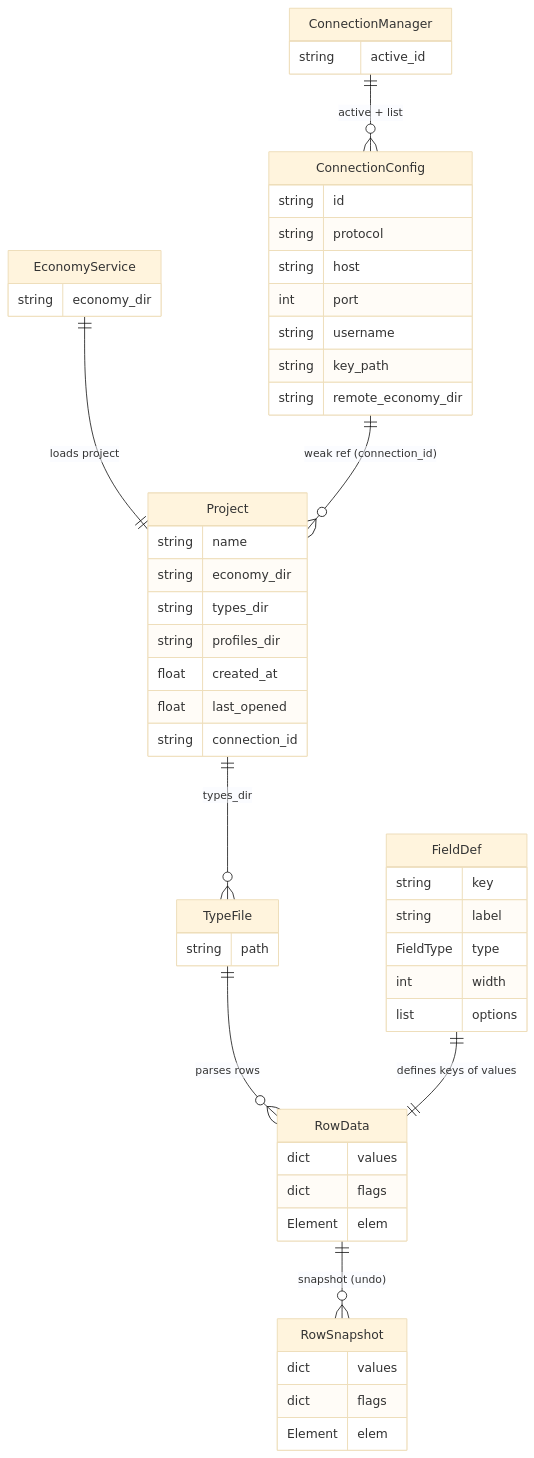
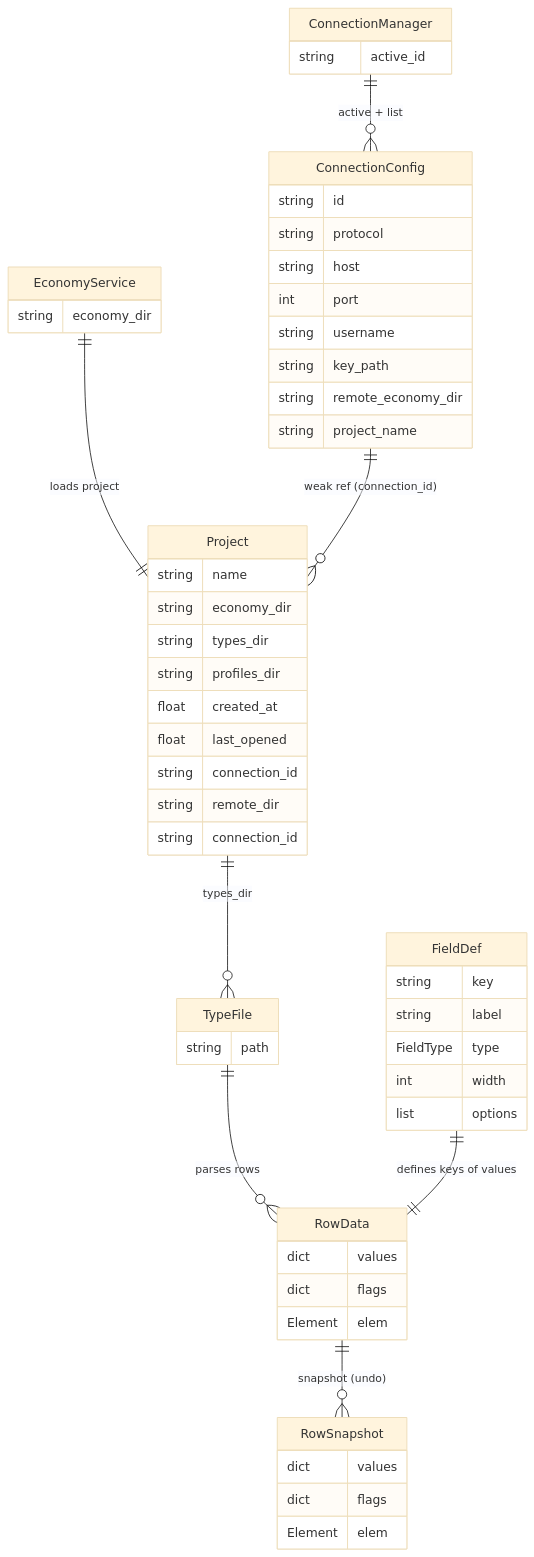
The diagram in docs/diagrams/models-er.md (qotique/yetee), drawn with Mermaid (base theme) before and after one commit. The commit also changed other lines of this file and 29 other files, not shown here.

````diff
--- a/docs/diagrams/models-er.md
+++ b/docs/diagrams/models-er.md
@@ -15,64 +15,67 @@
 ```mermaid
 erDiagram
     Project ||--o{ TypeFile : "types_dir"
     Project {
         string name
         string economy_dir
         string types_dir
         string profiles_dir
         float created_at
         float last_opened
+        string connection_id
+        string remote_dir
     }
 
     TypeFile ||--o{ RowData : "parses rows"
     TypeFile {
         string path
     }
 
     RowData ||--o{ RowSnapshot : "snapshot (undo)"
     RowData {
         dict values
         dict flags
         Element elem
     }
 
     RowSnapshot {
         dict values
         dict flags
         Element elem
     }
 
     FieldDef ||--|| RowData : "defines keys of values"
     FieldDef {
         string key
         string label
         FieldType type
         int width
         list options
     }
 
     EconomyService ||--|| Project : "loads project"
     EconomyService {
         string economy_dir
     }
 
     ConnectionManager ||--o{ ConnectionConfig : "active + list"
     ConnectionManager {
         string active_id
     }
 
     ConnectionConfig {
         string id
         string protocol
         string host
         int port
         string username
         string key_path
         string remote_economy_dir
+        string project_name
     }
 
     Project {
         string connection_id
     }
     ConnectionConfig ||--o{ Project : "weak ref (connection_id)"
 ```
````
